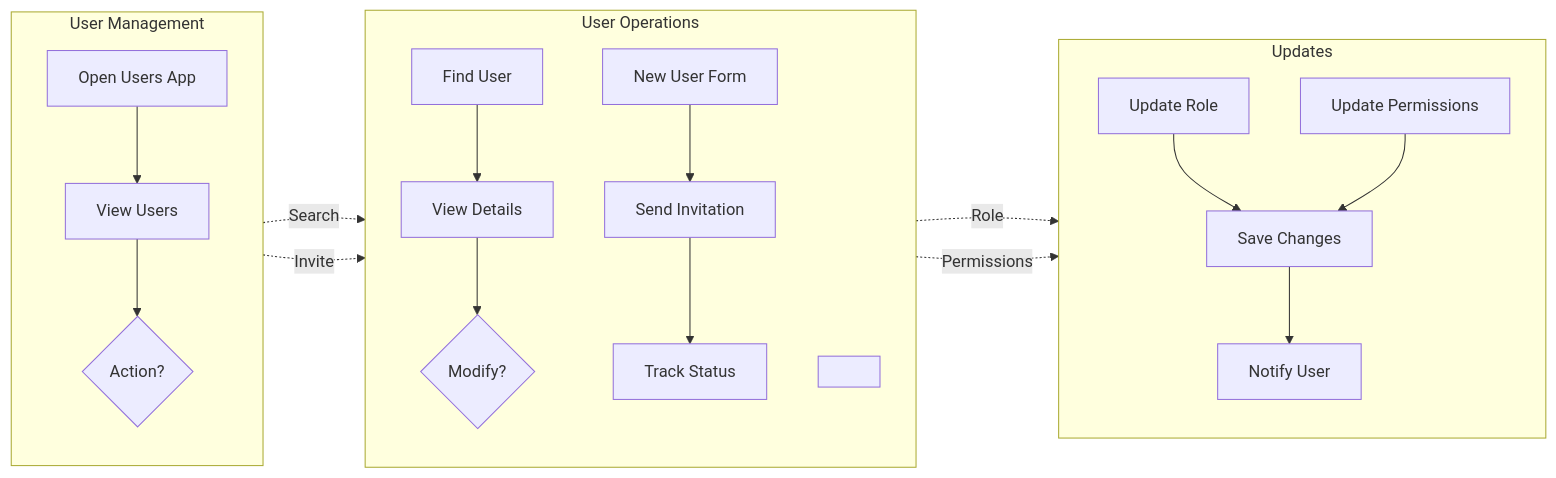
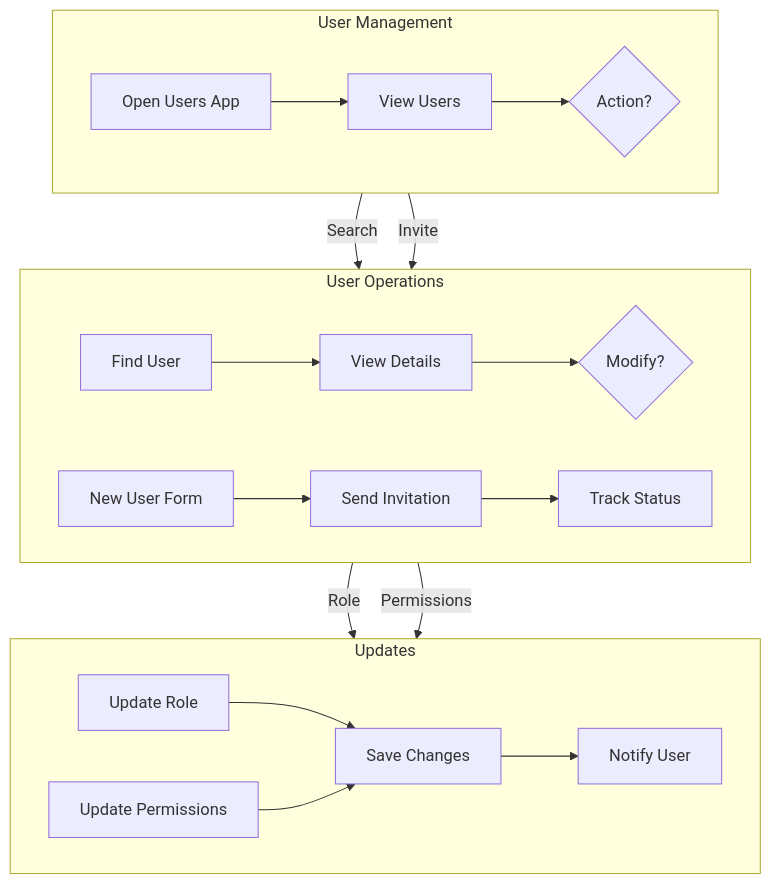
Before and after one commit to RoundRobinHood/cogniflight-cloud: the seventh of 10 diagrams in docs/SEN3781_Assignment4_Information_Architecture_Report.md, drawn with Mermaid. The commit also changed other lines of this file, not shown here.

Commit message:
improved diagram readability

````diff
--- a/docs/SEN3781_Assignment4_Information_Architecture_Report.md
+++ b/docs/SEN3781_Assignment4_Information_Architecture_Report.md
@@ -381,28 +359,21 @@
 ```mermaid
-flowchart LR
+flowchart TB
     subgraph s1["User Management"]
-        direction TB
-        A[Open Users App] --> B[View Users]
-        B --> C{Action?}
+        direction LR
+        A[Open Users App] --> B[View Users] --> C{Action?}
     end
     subgraph s2["User Operations"]
-        direction TB
-        D[Find User] --> F[View Details]
-        F --> G{Modify?}
-        space1[" "]
-        E[New User Form] --> L[Send Invitation]
-        L --> M[Track Status]
+        direction LR
+        D[Find User] --> F[View Details] --> G{Modify?}
+        E[New User Form] --> L[Send Invitation] --> M[Track Status]
     end
     subgraph s3["Updates"]
-        direction TB
-        H[Update Role]
-        I[Update Permissions]
-        H --> J[Save Changes]
-        I --> J
-        J --> K[Notify User]
+        direction LR
+        H[Update Role] --> J[Save Changes] --> K[Notify User]
+        I[Update Permissions] --> J
     end
-    C -.->|Search| D
-    C -.->|Invite| E
-    G -.->|Role| H
-    G -.->|Permissions| I
+    C -->|Search| D
+    C -->|Invite| E
+    G -->|Role| H
+    G -->|Permissions| I
 ```
````
